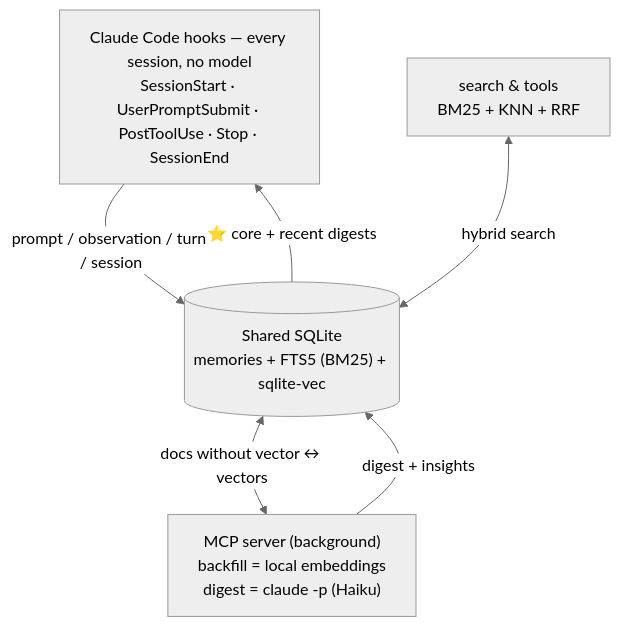
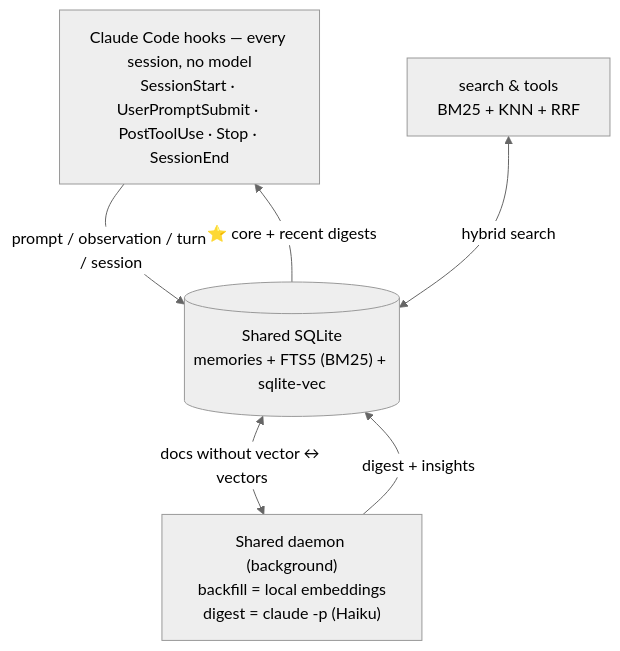
One commit to pendrayg/memory changed the first of 3 diagrams in README.md. Above: the diagram before and after it, drawn with Mermaid (neutral theme). The commit also changed other lines of this file and 21 other files, not shown here.

````diff
--- a/README.md
+++ b/README.md
@@ -127,13 +127,13 @@
 ```mermaid
 flowchart TB
     HOOKS["Claude Code hooks — every session, no model<br/>SessionStart · UserPromptSubmit · PostToolUse · Stop · SessionEnd"]
     DB[("Shared SQLite<br/>memories + FTS5 (BM25) + sqlite-vec")]
-    WORKER["MCP server (background)<br/>backfill = local embeddings<br/>digest = claude -p (Haiku)"]
+    WORKER["Shared daemon (background)<br/>backfill = local embeddings<br/>digest = claude -p (Haiku)"]
     SEARCH["search &amp; tools<br/>BM25 + KNN + RRF"]
 
     HOOKS -->|"prompt / observation / turn / session"| DB
     DB -->|"⭐ core + recent digests"| HOOKS
     DB <-->|"docs without vector ↔ vectors"| WORKER
     WORKER -->|"digest + insights"| DB
     SEARCH <-->|"hybrid search"| DB
 ```
````
